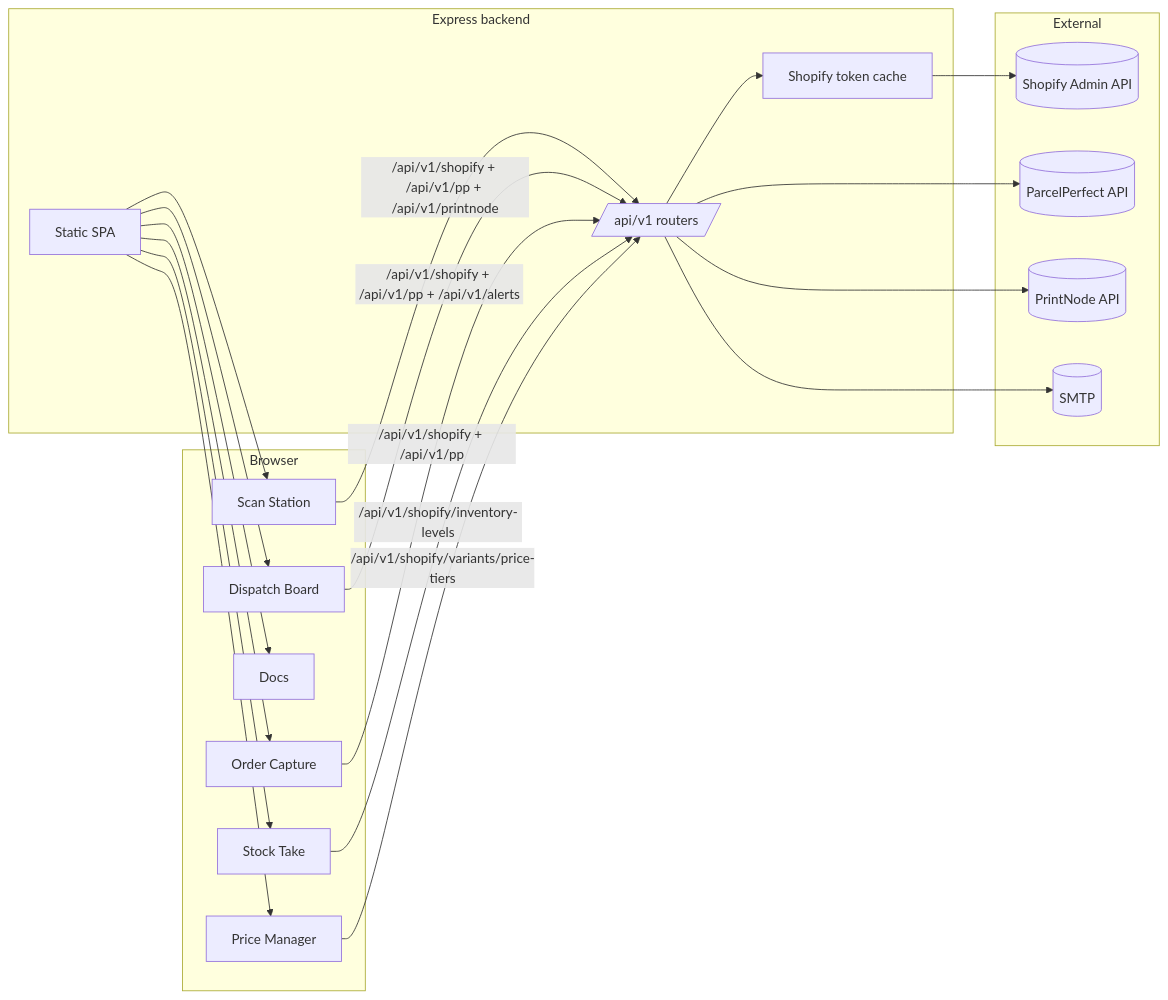
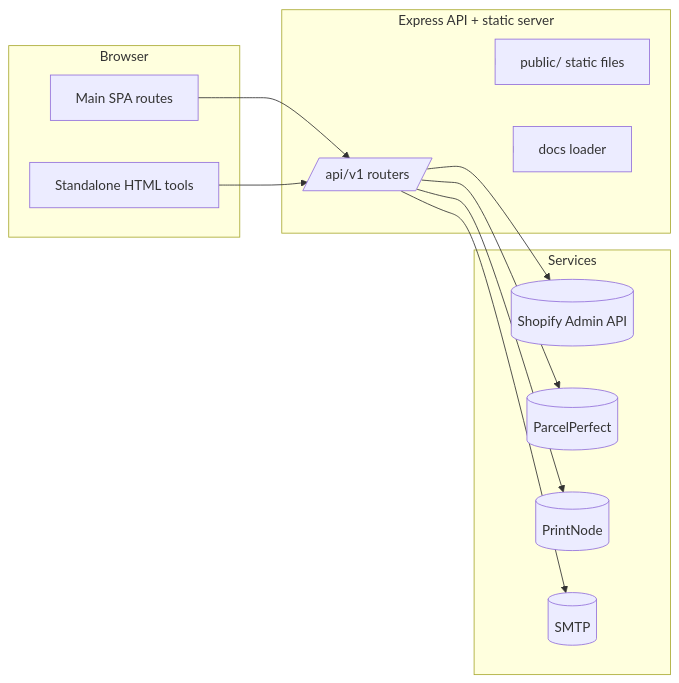
The diagram in README.md (lekkalouis/FLSS), drawn with Mermaid before and after one commit. The commit also changed other lines of this file and 7 other files, not shown here.

````diff
--- a/README.md
+++ b/README.md
@@ -264,41 +38,29 @@
 ```mermaid
 flowchart LR
   subgraph Browser
-    Scan[Scan Station]
-    Dispatch[Dispatch Board]
-    Docs[Docs]
-    FLOCS[Order Capture]
-    Stock[Stock Take]
-    Pricing[Price Manager]
+    SPA[Main SPA routes]
+    Static[Standalone HTML tools]
   end
 
-  subgraph Server[Express backend]
+  subgraph Server[Express API + static server]
     API[/api/v1 routers/]
-    Static[Static SPA]
-    TokenCache[Shopify token cache]
+    Public[public/ static files]
+    Docs[docs loader]
   end
 
-  subgraph External
+  subgraph Services
     Shopify[(Shopify Admin API)]
-    ParcelPerfect[(ParcelPerfect API)]
-    PrintNode[(PrintNode API)]
+    ParcelPerfect[(ParcelPerfect)]
+    PrintNode[(PrintNode)]
     SMTP[(SMTP)]
   end
 
-  Scan -->|/api/v1/shopify + /api/v1/pp + /api/v1/printnode| API
-  Dispatch -->|/api/v1/shopify + /api/v1/pp + /api/v1/alerts| API
-  FLOCS -->|/api/v1/shopify + /api/v1/pp| API
-  Stock -->|/api/v1/shopify/inventory-levels| API
-  Pricing -->|/api/v1/shopify/variants/price-tiers| API
-
-  API --> TokenCache --> Shopify
+  SPA --> API
+  Static --> API
+  Server --> Public
+  Server --> Docs
+  API --> Shopify
   API --> ParcelPerfect
   API --> PrintNode
   API --> SMTP
-  Static --> Scan
-  Static --> Dispatch
-  Static --> Docs
-  Static --> FLOCS
-  Static --> Stock
-  Static --> Pricing
 ```
````
